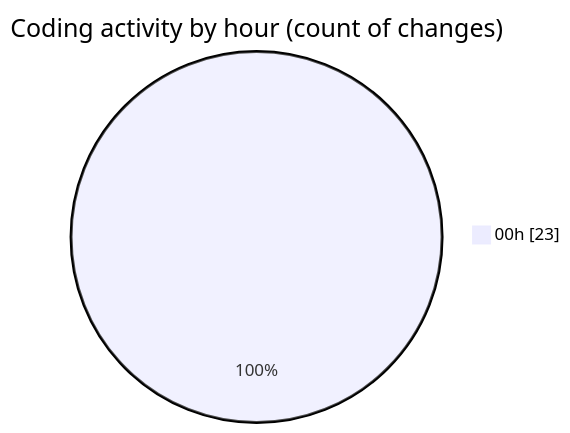
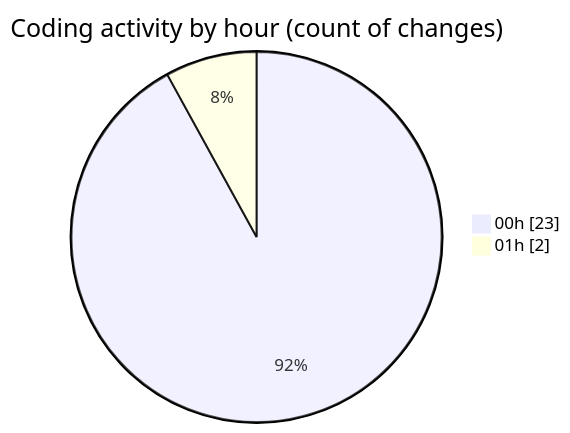
Before and after one commit to donsfak/code-tracking: the second of 2 diagrams in 2025-10-20/weather_insights_app/README.md, drawn with Mermaid. The commit also changed other lines of this file and 1 other file, not shown here.

````diff
--- a/2025-10-20/weather_insights_app/README.md
+++ b/2025-10-20/weather_insights_app/README.md
@@ -37,5 +37,6 @@
 ```mermaid
 pie showData
 title Coding activity by hour (count of changes)
 "00h" : 23
+"01h" : 2
 ```
````
